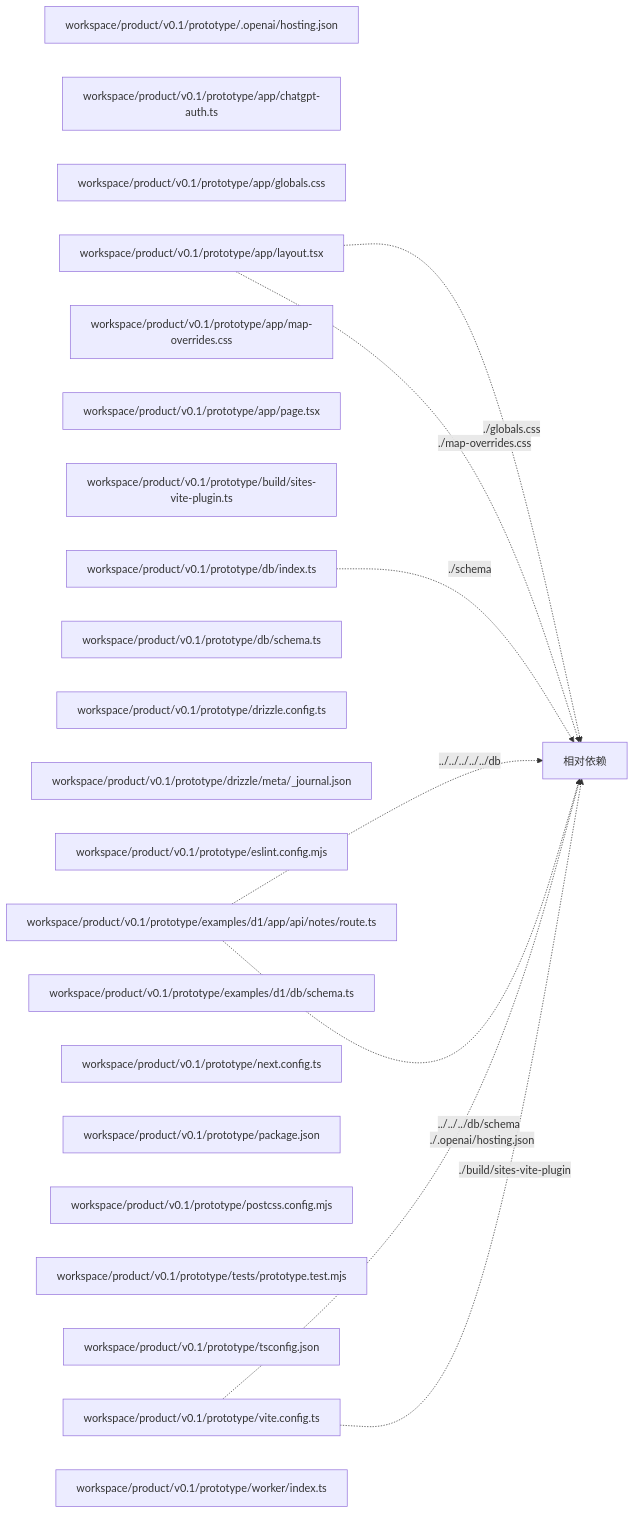
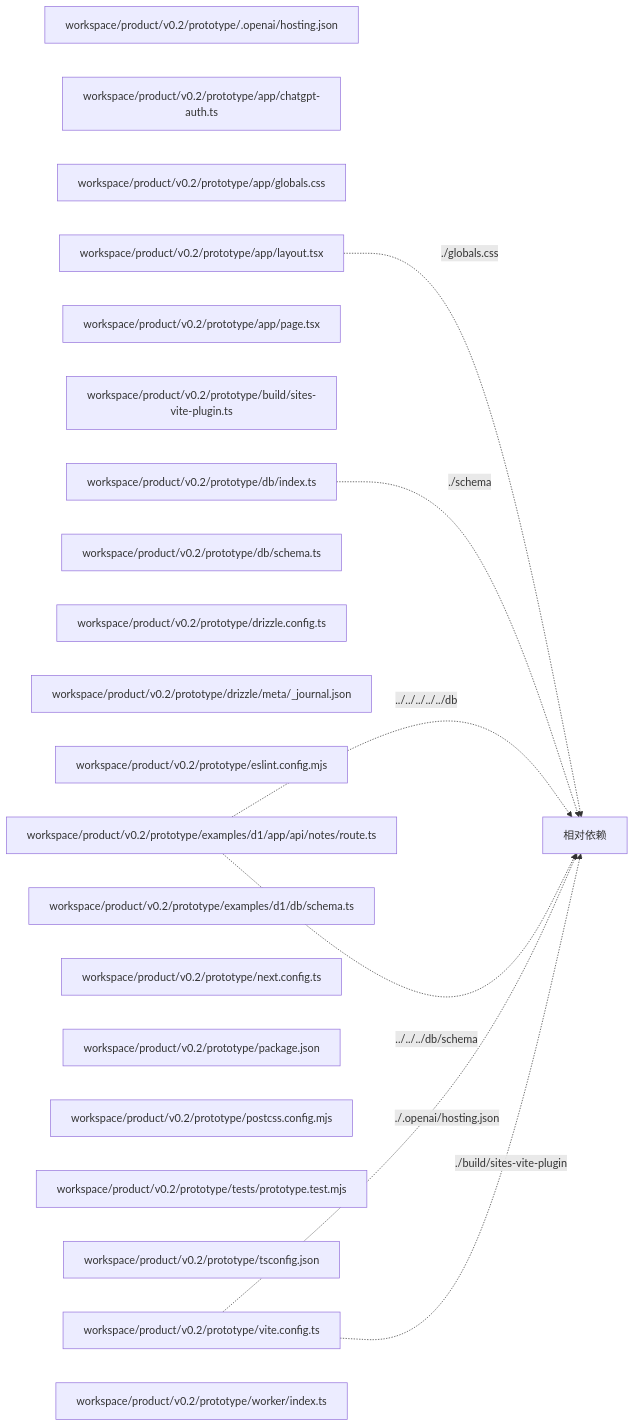
Before and after one commit to liaosongping-github/vb_coding_barber: the diagram in knowledge/engineering/generated/dependency-map.mmd, drawn with Mermaid. The commit also changed 7 other files, not shown here.

Commit message:
升级多版本冻结检查并同步 v0.2 图谱

```diff
--- a/knowledge/engineering/generated/dependency-map.mmd
+++ b/knowledge/engineering/generated/dependency-map.mmd
@@ -1,29 +1,27 @@
 flowchart LR
-  N0["workspace/product/v0.1/prototype/.openai/hosting.json"]
-  N1["workspace/product/v0.1/prototype/app/chatgpt-auth.ts"]
-  N2["workspace/product/v0.1/prototype/app/globals.css"]
-  N3["workspace/product/v0.1/prototype/app/layout.tsx"]
-  N4["workspace/product/v0.1/prototype/app/map-overrides.css"]
-  N5["workspace/product/v0.1/prototype/app/page.tsx"]
-  N6["workspace/product/v0.1/prototype/build/sites-vite-plugin.ts"]
-  N7["workspace/product/v0.1/prototype/db/index.ts"]
-  N8["workspace/product/v0.1/prototype/db/schema.ts"]
-  N9["workspace/product/v0.1/prototype/drizzle.config.ts"]
-  N10["workspace/product/v0.1/prototype/drizzle/meta/_journal.json"]
-  N11["workspace/product/v0.1/prototype/eslint.config.mjs"]
-  N12["workspace/product/v0.1/prototype/examples/d1/app/api/notes/route.ts"]
-  N13["workspace/product/v0.1/prototype/examples/d1/db/schema.ts"]
-  N14["workspace/product/v0.1/prototype/next.config.ts"]
-  N15["workspace/product/v0.1/prototype/package.json"]
-  N16["workspace/product/v0.1/prototype/postcss.config.mjs"]
-  N17["workspace/product/v0.1/prototype/tests/prototype.test.mjs"]
-  N18["workspace/product/v0.1/prototype/tsconfig.json"]
-  N19["workspace/product/v0.1/prototype/vite.config.ts"]
-  N20["workspace/product/v0.1/prototype/worker/index.ts"]
+  N0["workspace/product/v0.2/prototype/.openai/hosting.json"]
+  N1["workspace/product/v0.2/prototype/app/chatgpt-auth.ts"]
+  N2["workspace/product/v0.2/prototype/app/globals.css"]
+  N3["workspace/product/v0.2/prototype/app/layout.tsx"]
+  N4["workspace/product/v0.2/prototype/app/page.tsx"]
+  N5["workspace/product/v0.2/prototype/build/sites-vite-plugin.ts"]
+  N6["workspace/product/v0.2/prototype/db/index.ts"]
+  N7["workspace/product/v0.2/prototype/db/schema.ts"]
+  N8["workspace/product/v0.2/prototype/drizzle.config.ts"]
+  N9["workspace/product/v0.2/prototype/drizzle/meta/_journal.json"]
+  N10["workspace/product/v0.2/prototype/eslint.config.mjs"]
+  N11["workspace/product/v0.2/prototype/examples/d1/app/api/notes/route.ts"]
+  N12["workspace/product/v0.2/prototype/examples/d1/db/schema.ts"]
+  N13["workspace/product/v0.2/prototype/next.config.ts"]
+  N14["workspace/product/v0.2/prototype/package.json"]
+  N15["workspace/product/v0.2/prototype/postcss.config.mjs"]
+  N16["workspace/product/v0.2/prototype/tests/prototype.test.mjs"]
+  N17["workspace/product/v0.2/prototype/tsconfig.json"]
+  N18["workspace/product/v0.2/prototype/vite.config.ts"]
+  N19["workspace/product/v0.2/prototype/worker/index.ts"]
   N3 -. "./globals.css" .-> EXT["相对依赖"]
-  N3 -. "./map-overrides.css" .-> EXT["相对依赖"]
-  N7 -. "./schema" .-> EXT["相对依赖"]
-  N12 -. "../../../../../db" .-> EXT["相对依赖"]
-  N12 -. "../../../db/schema" .-> EXT["相对依赖"]
-  N19 -. "./.openai/hosting.json" .-> EXT["相对依赖"]
-  N19 -. "./build/sites-vite-plugin" .-> EXT["相对依赖"]
+  N6 -. "./schema" .-> EXT["相对依赖"]
+  N11 -. "../../../../../db" .-> EXT["相对依赖"]
+  N11 -. "../../../db/schema" .-> EXT["相对依赖"]
+  N18 -. "./.openai/hosting.json" .-> EXT["相对依赖"]
+  N18 -. "./build/sites-vite-plugin" .-> EXT["相对依赖"]
```
